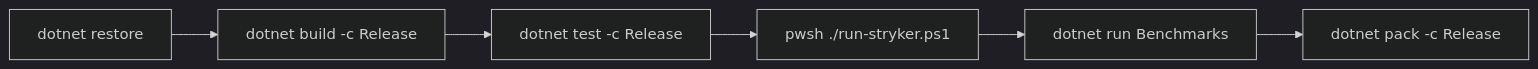
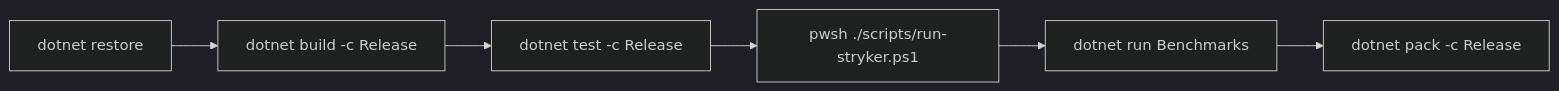
One commit to ericksonlopezf/dotnet-mapper changed the diagram in docs/build-process.md. Above: the diagram before and after it, drawn with Mermaid (dark theme). The commit also changed other lines of this file and 310 other files, not shown here.

````diff
--- a/docs/build-process.md
+++ b/docs/build-process.md
@@ -9,8 +9,8 @@
 ```mermaid
 flowchart LR
     A[dotnet restore] --> B[dotnet build -c Release]
     B --> C[dotnet test -c Release]
-    C --> D[pwsh ./run-stryker.ps1]
+    C --> D[pwsh ./scripts/run-stryker.ps1]
     D --> E[dotnet run Benchmarks]
     E --> F[dotnet pack -c Release]
 ```
````
